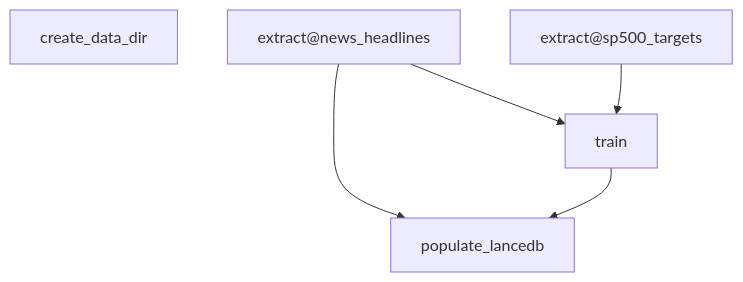
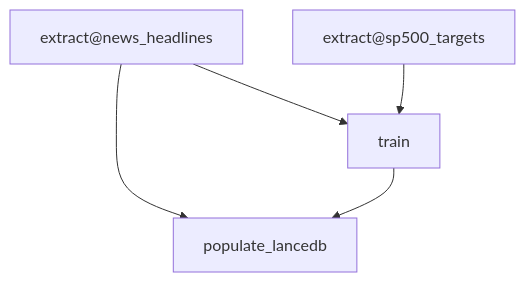
The diagram in README.md (remiadon/ShockChain), drawn with Mermaid before and after one commit. The commit also changed 1 other file, not shown here.

Commit message:
inline dvc create_data_dir

````diff
--- a/README.md
+++ b/README.md
@@ -1,12 +1,11 @@
 ```mermaid
 flowchart TD
-	node1["create_data_dir"]
-	node2["extract@news_headlines"]
-	node3["extract@sp500_targets"]
-	node4["populate_lancedb"]
-	node5["train"]
+	node1["extract@news_headlines"]
+	node2["extract@sp500_targets"]
+	node3["populate_lancedb"]
+	node4["train"]
+	node1-->node3
+	node1-->node4
 	node2-->node4
-	node2-->node5
-	node3-->node5
-	node5-->node4
+	node4-->node3
 ```
````
